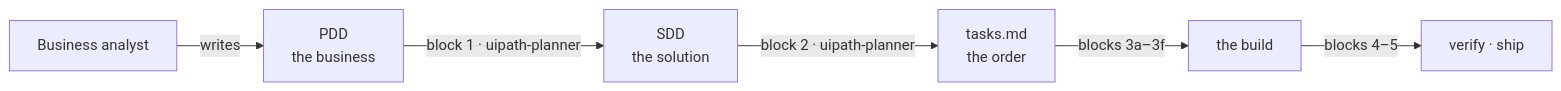
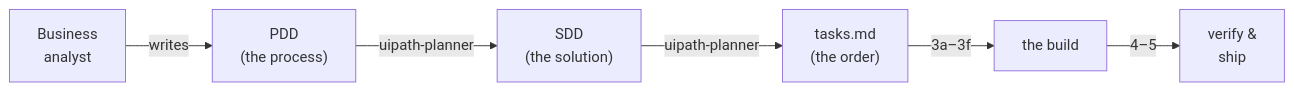
One commit to uipath-practice/ClaimCaseWorkshop changed the diagram in docs/plan/index.md. Above: the diagram before and after it, drawn with Mermaid. The commit also changed other lines of this file and 21 other files, not shown here.

First line of the commit message:
Content pass 3: Build, Verify and Next Steps written

````diff
--- a/docs/plan/index.md
+++ b/docs/plan/index.md
@@ -13,8 +13,8 @@
 ```mermaid
 flowchart LR
-  BA["Business analyst"] -->|writes| PDD["PDD<br/>the business"]
-  PDD -->|"block 1 · uipath-planner"| SDD["SDD<br/>the solution"]
-  SDD -->|"block 2 · uipath-planner"| T["tasks.md<br/>the order"]
-  T -->|"blocks 3a–3f"| BUILD["the build"]
-  BUILD -->|"blocks 4–5"| V["verify · ship"]
+  BA["Business<br>analyst"] -->|writes| PDD["PDD<br/>(the process)"]
+  PDD -->|"uipath-planner"| SDD["SDD<br/>(the solution)"]
+  SDD -->|"uipath-planner"| T["tasks.md<br/>(the order)"]
+  T -->|"3a–3f"| BUILD["the build"]
+  BUILD -->|"4–5"| V["verify &<br>ship"]
 ```
````
